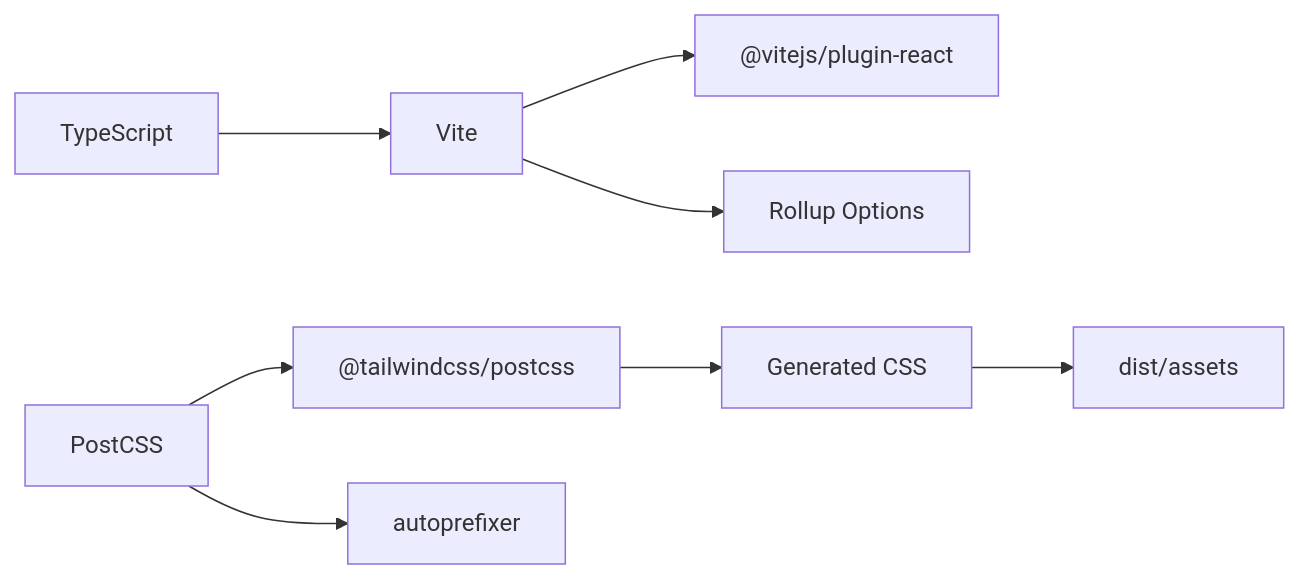
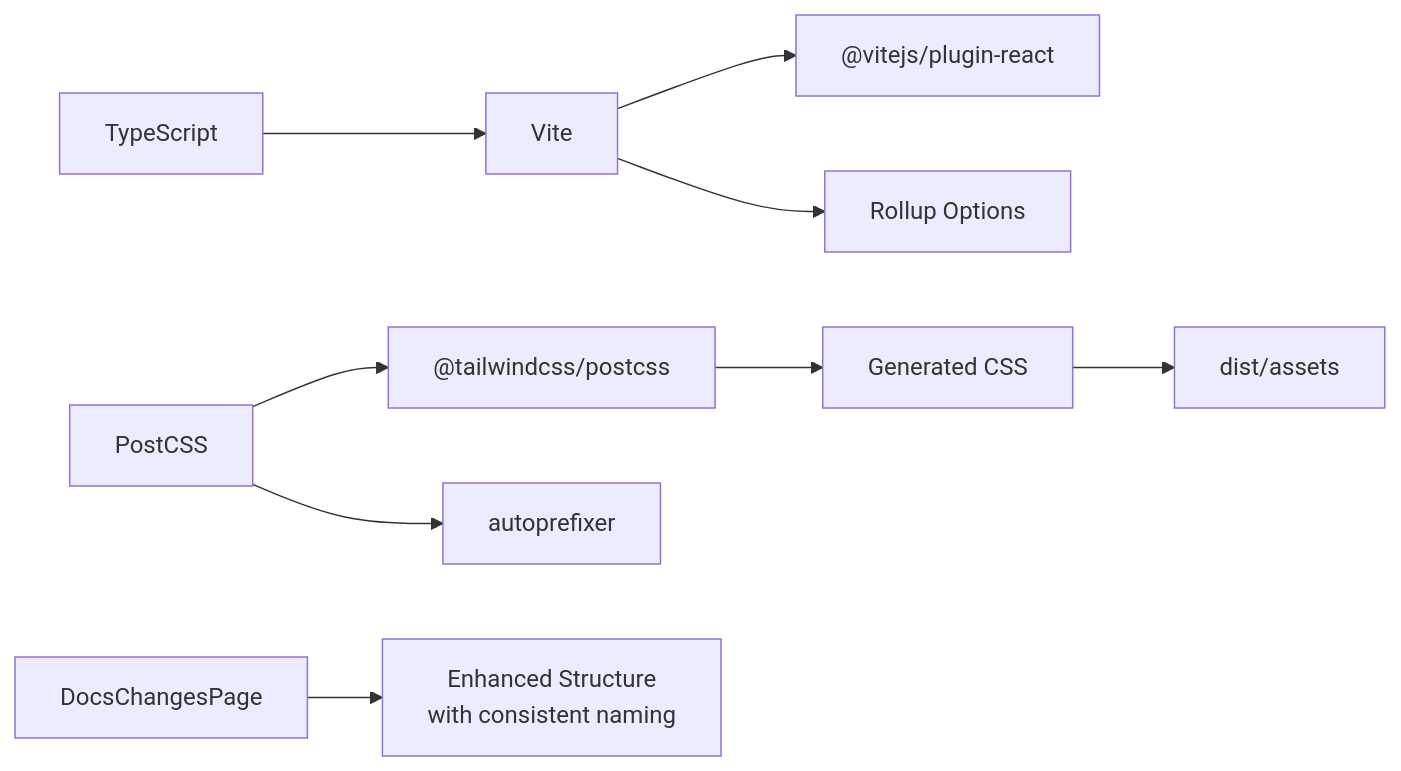
Diagram 11 of 11 in .qoder/repowiki/en/content/Development Tools.md (usermontalvao/CRMlaw), drawn with Mermaid before and after one commit. The commit also changed other lines of this file and 8 other files, not shown here.

````diff
--- a/.qoder/repowiki/en/content/Development Tools.md
+++ b/.qoder/repowiki/en/content/Development Tools.md
@@ -338,10 +379,11 @@
 ```mermaid
 graph LR
 Vite["Vite"] --> ReactPlugin["@vitejs/plugin-react"]
 Vite --> Rollup["Rollup Options"]
 PostCSS["PostCSS"] --> Tailwind["@tailwindcss/postcss"]
 PostCSS --> Autoprefixer["autoprefixer"]
 TS["TypeScript"] --> Vite
 Tailwind --> CSS["Generated CSS"]
 CSS --> Dist["dist/assets"]
+Docs["DocsChangesPage"] --> Enhanced["Enhanced Structure<br/>with consistent naming"]
 ```
````
